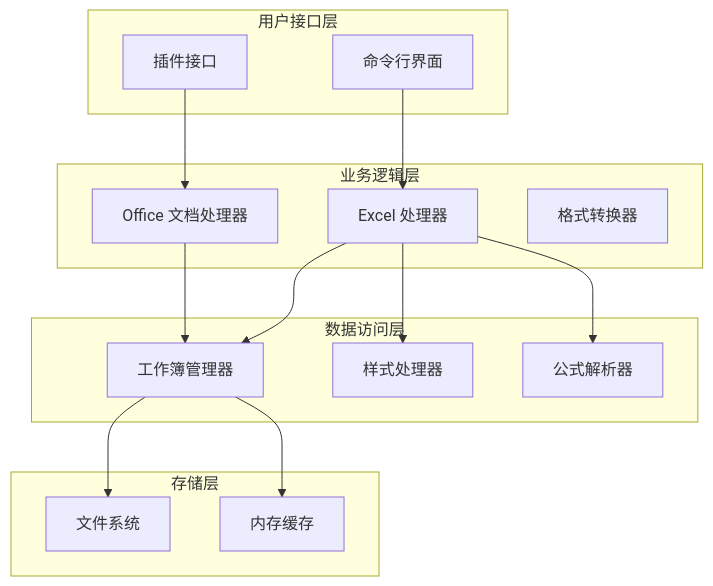
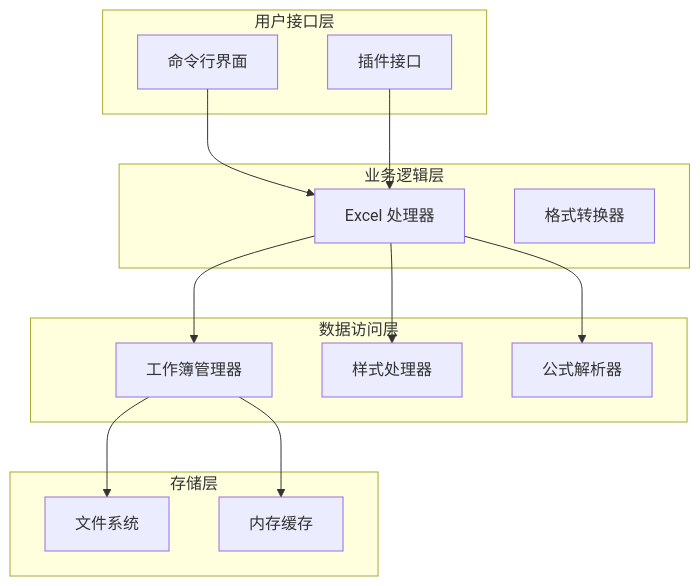
One commit to verse-ai-org/openclaw changed the second of 8 diagrams in .qoder/repowiki/zh/content/技能平台/内置技能/Excel 表格处理技能.md. Above: the diagram before and after it, drawn with Mermaid. The commit also changed other lines of this file and 48 other files, not shown here.

````diff
--- a/.qoder/repowiki/zh/content/技能平台/内置技能/Excel 表格处理技能.md
+++ b/.qoder/repowiki/zh/content/技能平台/内置技能/Excel 表格处理技能.md
@@ -115,29 +101,27 @@
 ```mermaid
 graph TB
 subgraph "用户接口层"
 UI[命令行界面]
 API[插件接口]
 end
 subgraph "业务逻辑层"
 EX[Excel 处理器]
-OD[Office 文档处理器]
 CV[格式转换器]
 end
 subgraph "数据访问层"
 WB[工作簿管理器]
 ST[样式处理器]
 FM[公式解析器]
 end
 subgraph "存储层"
 FS[文件系统]
 DB[内存缓存]
 end
 UI --> EX
-API --> OD
+API --> EX
 EX --> WB
-OD --> WB
 EX --> ST
 EX --> FM
 WB --> FS
 WB --> DB
 ```
````
